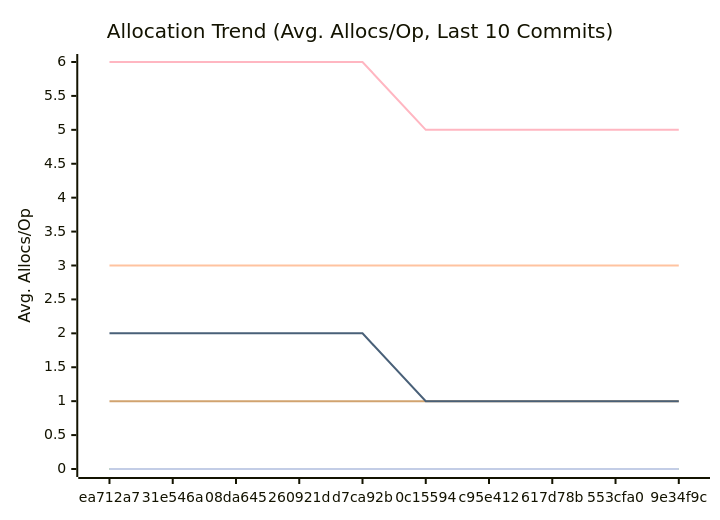
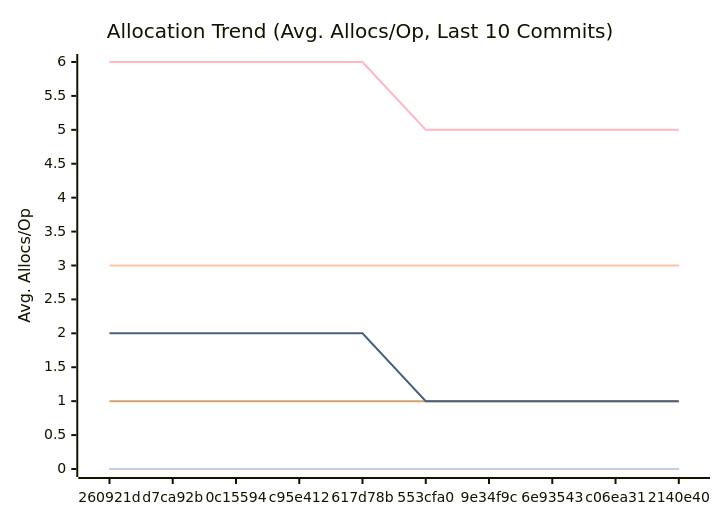
Before and after one commit to alsotoes/momo: the third of 3 diagrams in docs/PERFORMANCE.md, drawn with Mermaid. The commit also changed other lines of this file and 34 other files, not shown here.

````diff
--- a/docs/PERFORMANCE.md
+++ b/docs/PERFORMANCE.md
@@ -114,16 +114,16 @@
 ```mermaid
 xychart-beta
     title "Allocation Trend (Avg. Allocs/Op, Last 10 Commits)"
     x-axis "Commit"
     y-axis "Avg. Allocs/Op"
-    x-axis [ea712a7,31e546a,08da645,260921d,d7ca92b,0c15594,c95e412,617d78b,553cfa0,9e34f9c]
+    x-axis [260921d,d7ca92b,0c15594,c95e412,617d78b,553cfa0,9e34f9c,6e93543,c06ea31,2140e40]
     line "CheckMetricsAndSwap" [0,0,0,0,0,0,0,0,0,0]
     line "CrushOptimized" [0,0,0,0,0,0,0,0,0,0]
     line "CrushOriginal" [3,3,3,3,3,3,3,3,3,3]
     line "IndexDirectTracking" [0,0,0,0,0,0,0,0,0,0]
     line "IndexSearch" [0,0,0,0,0,0,0,0,0,0]
     line "LoadGlobalConfig" [1,1,1,1,1,1,1,1,1,1]
     line "PadString" [0,0,0,0,0,0,0,0,0,0]
     line "ParseReplicationOrder_NoPrealloc" [6,6,6,6,6,5,5,5,5,5]
     line "ParseReplicationOrder_Prealloc" [2,2,2,2,2,1,1,1,1,1]
 ```
````
